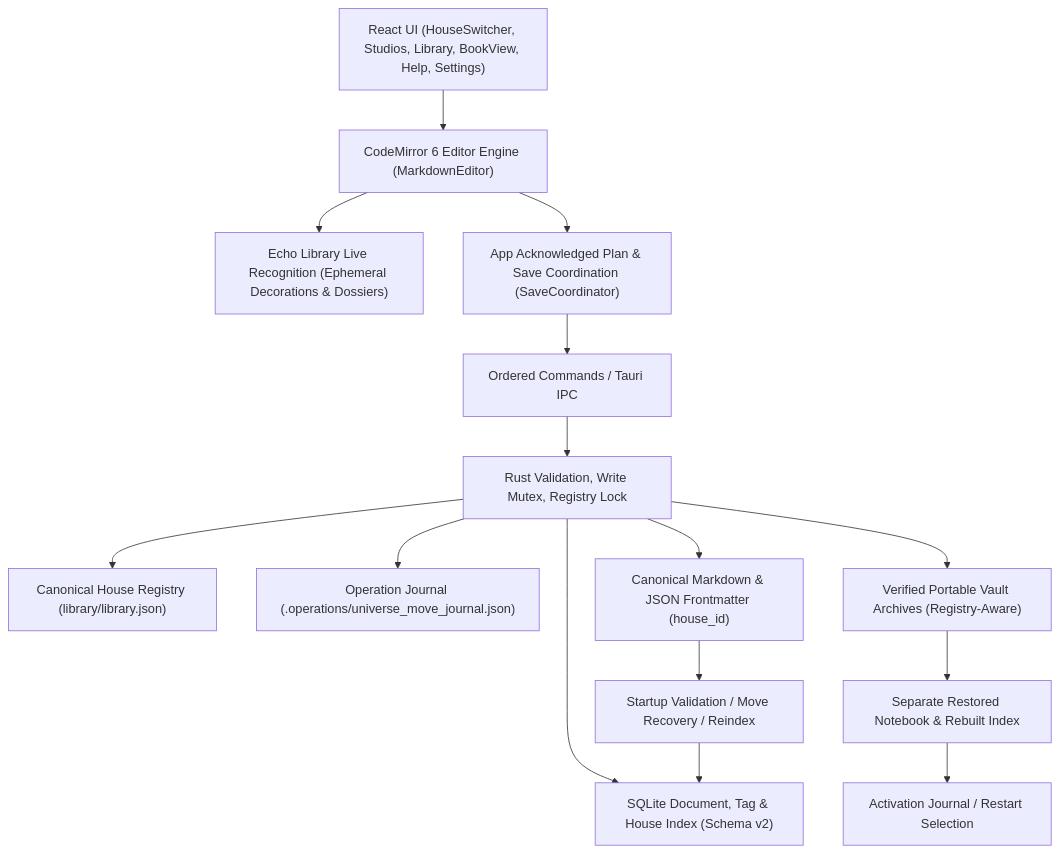
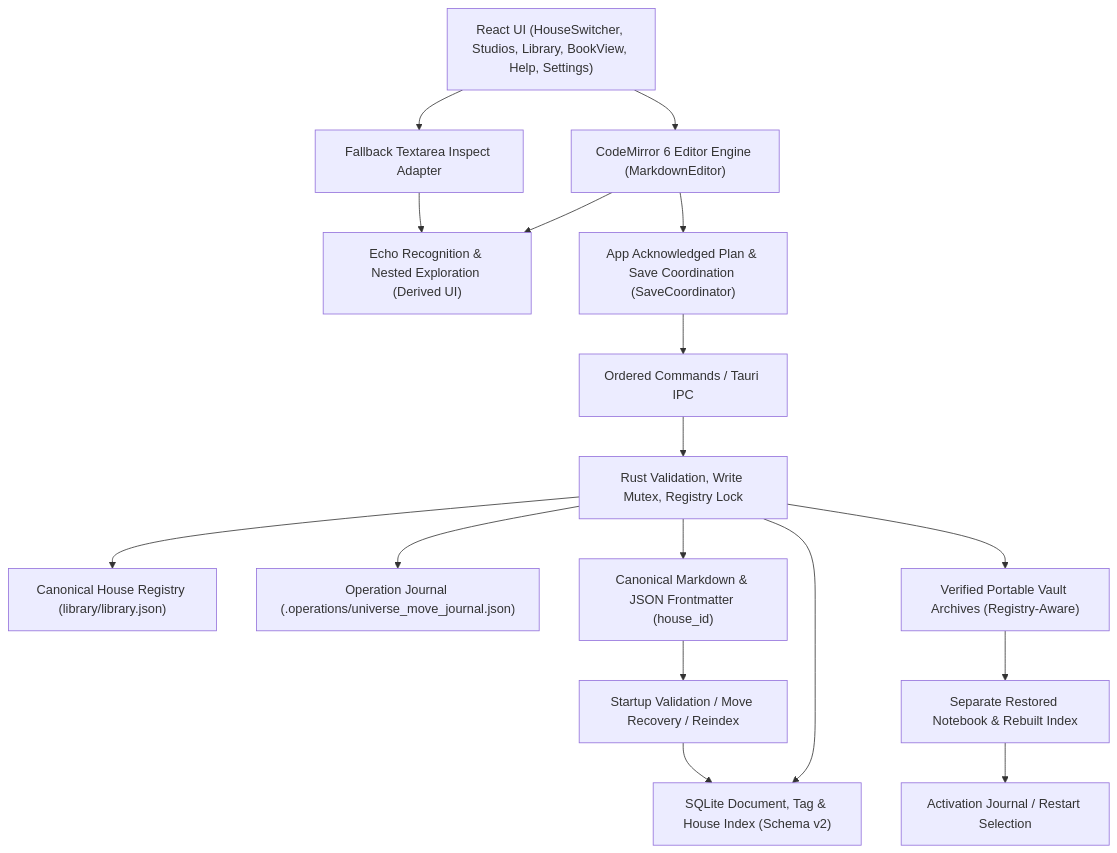
Before and after one commit to SerenicuS/MetaCognitionNotebook: the first of 2 diagrams in SYSTEM_DESIGN.md, drawn with Mermaid. The commit also changed other lines of this file and 26 other files, not shown here.

````diff
--- a/SYSTEM_DESIGN.md
+++ b/SYSTEM_DESIGN.md
@@ -9,17 +9,19 @@
 ```mermaid
 flowchart TD
     UI["React UI (HouseSwitcher, Studios, Library, BookView, Help, Settings)"] --> CM6["CodeMirror 6 Editor Engine (MarkdownEditor)"]
-    CM6 --> ECHO["Echo Library Live Recognition (Ephemeral Decorations & Dossiers)"]
+    CM6 --> ECHO["Echo Recognition & Nested Exploration (Derived UI)"]
+    UI --> TEXTAREA["Fallback Textarea Inspect Adapter"]
+    TEXTAREA --> ECHO
     CM6 --> APP["App Acknowledged Plan & Save Coordination (SaveCoordinator)"]
     APP --> IPC["Ordered Commands / Tauri IPC"]
     IPC --> RUST["Rust Validation, Write Mutex, Registry Lock"]
     RUST --> REG["Canonical House Registry (library/library.json)"]
     RUST --> JRN["Operation Journal (.operations/universe_move_journal.json)"]
     RUST --> MD["Canonical Markdown & JSON Frontmatter (house_id)"]
     RUST --> DB["SQLite Document, Tag & House Index (Schema v2)"]
     MD --> REINDEX["Startup Validation / Move Recovery / Reindex"]
     REINDEX --> DB
     RUST --> VAULT["Verified Portable Vault Archives (Registry-Aware)"]
     VAULT --> SLOT["Separate Restored Notebook & Rebuilt Index"]
     SLOT --> SELECT["Activation Journal / Restart Selection"]
 ```
````
